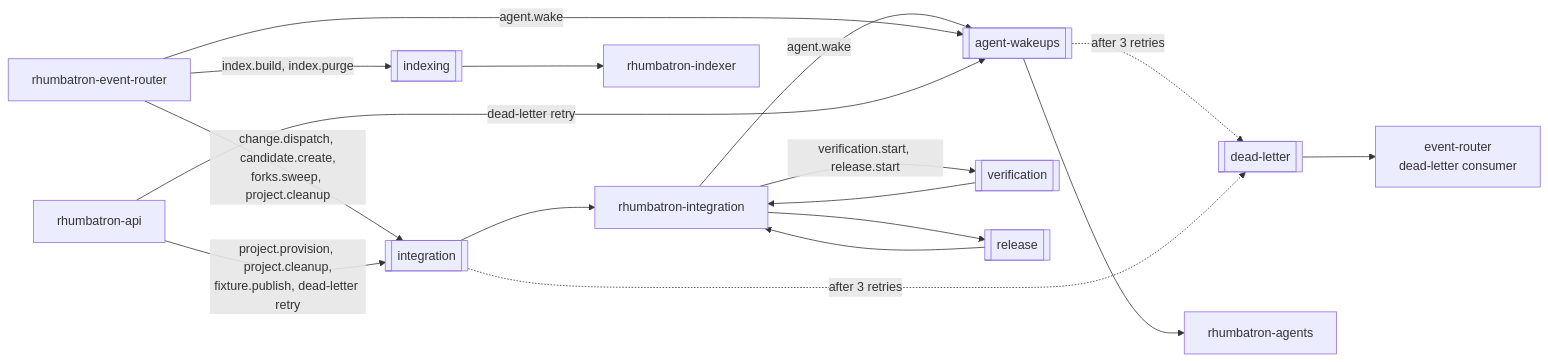
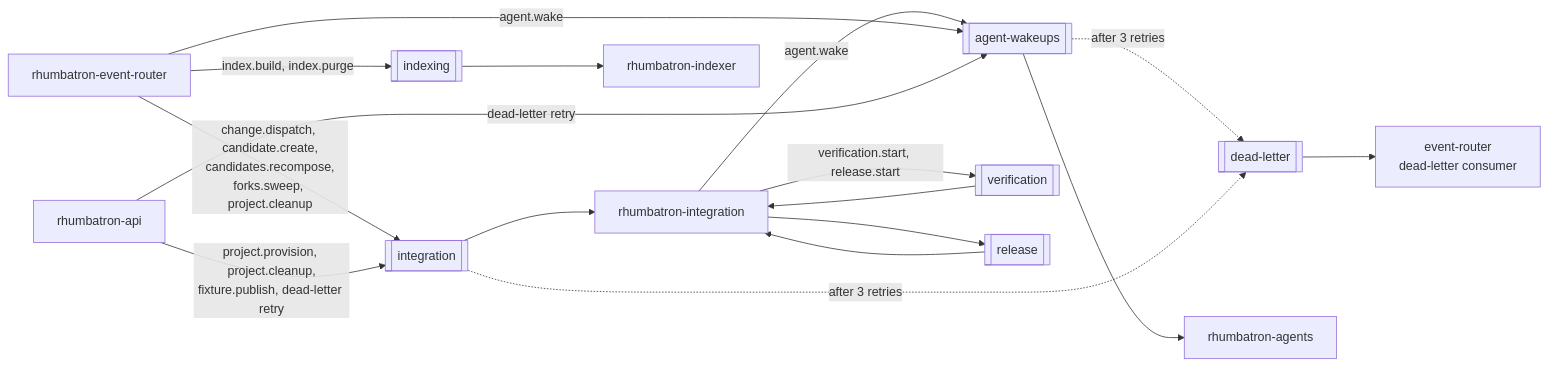
Before and after one commit to nsudhanva/rhumbatron: the fifth of 7 diagrams in docs/architecture/events-and-commands.md, drawn with Mermaid. The commit also changed other lines of this file and 8 other files, not shown here.

Commit message:
fix(integration): recompose stale candidates whichever sweep marks them first

````diff
--- a/docs/architecture/events-and-commands.md
+++ b/docs/architecture/events-and-commands.md
@@ -147,32 +147,32 @@
 ```mermaid
 flowchart LR
   API["rhumbatron-api"]
   ER["rhumbatron-event-router"]
   INT["rhumbatron-integration"]
   WQ[["agent-wakeups"]]
   IQ[["integration"]]
   XQ[["indexing"]]
   VQ[["verification"]]
   RQ[["release"]]
   DLQ[["dead-letter"]]
   AG["rhumbatron-agents"]
   IDX["rhumbatron-indexer"]
   ERC["event-router<br/>dead-letter consumer"]
 
   INT -->|"agent.wake"| WQ
   ER -->|"agent.wake"| WQ
   API -->|"dead-letter retry"| WQ
-  ER -->|"change.dispatch, candidate.create,<br/>forks.sweep, project.cleanup"| IQ
+  ER -->|"change.dispatch, candidate.create,<br/>candidates.recompose,<br/>forks.sweep, project.cleanup"| IQ
   API -->|"project.provision, project.cleanup,<br/>fixture.publish, dead-letter retry"| IQ
   ER -->|"index.build, index.purge"| XQ
   INT -->|"verification.start, release.start"| VQ
   INT --> RQ
   VQ --> INT
   RQ --> INT
   WQ --> AG
   IQ --> INT
   XQ --> IDX
   WQ -.->|"after 3 retries"| DLQ
   IQ -.->|"after 3 retries"| DLQ
   DLQ --> ERC
 ```
````
